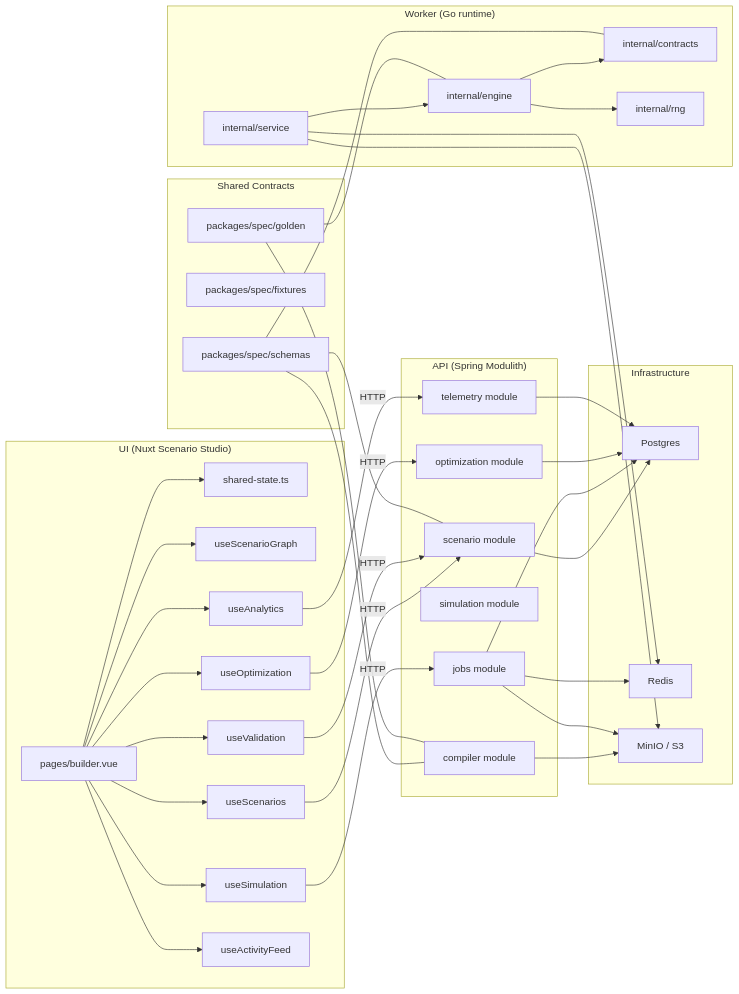
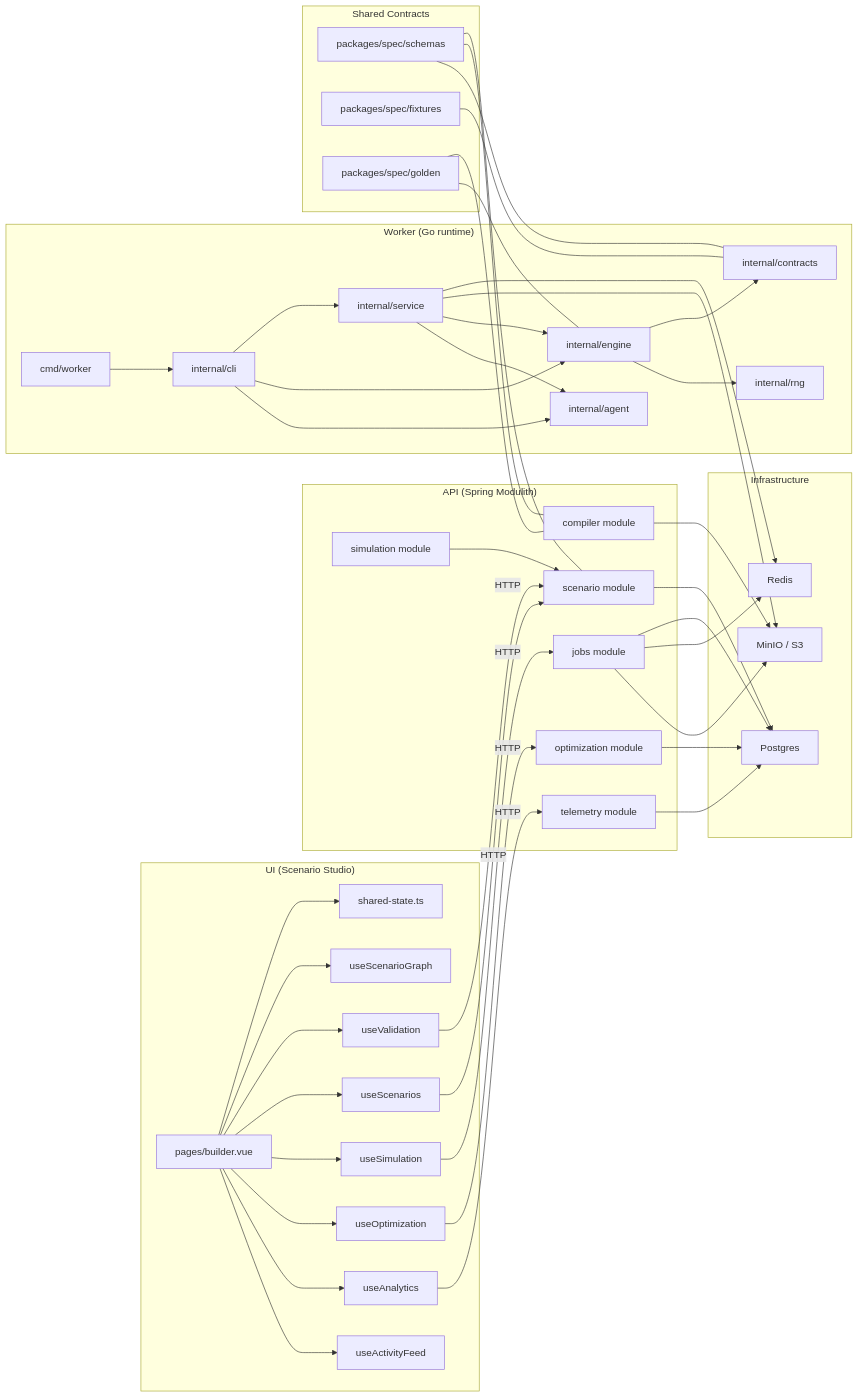
One commit to danagbemava/athanor changed the first of 3 diagrams in docs/architecture/knowledge-graph.md. Above: the diagram before and after it, drawn with Mermaid. The commit also changed other lines of this file and 1 other file, not shown here.

Commit message:
Add Athanor knowledge graph artifacts

````diff
--- a/docs/architecture/knowledge-graph.md
+++ b/docs/architecture/knowledge-graph.md
@@ -21,6 +24,6 @@
 ```mermaid
 flowchart LR
-  subgraph UI["UI (Nuxt Scenario Studio)"]
+  subgraph UI["UI (Scenario Studio)"]
     Builder["pages/builder.vue"]
     SharedState["shared-state.ts"]
     Graph["useScenarioGraph"]
@@ -42,8 +45,11 @@
   end
 
   subgraph Worker["Worker (Go runtime)"]
+    WorkerEntry["cmd/worker"]
+    WorkerCli["internal/cli"]
     WorkerService["internal/service"]
     WorkerEngine["internal/engine"]
+    WorkerAgent["internal/agent"]
     WorkerContracts["internal/contracts"]
     WorkerRng["internal/rng"]
   end
@@ -80,11 +86,17 @@
   Jobs --> Postgres
   Jobs --> Redis
   Jobs --> MinIO
+  Sim --> Scenario
   Opt --> Postgres
   Telemetry --> Postgres
+  WorkerEntry --> WorkerCli
+  WorkerCli --> WorkerService
+  WorkerCli --> WorkerEngine
+  WorkerCli --> WorkerAgent
   WorkerService --> Redis
   WorkerService --> MinIO
   WorkerService --> WorkerEngine
+  WorkerService --> WorkerAgent
   WorkerEngine --> WorkerContracts
   WorkerEngine --> WorkerRng
 
@@ -93,4 +105,5 @@
   Schemas --- WorkerContracts
   Golden --- Compiler
   Golden --- WorkerEngine
+  Fixtures --- WorkerContracts
 ```
````
